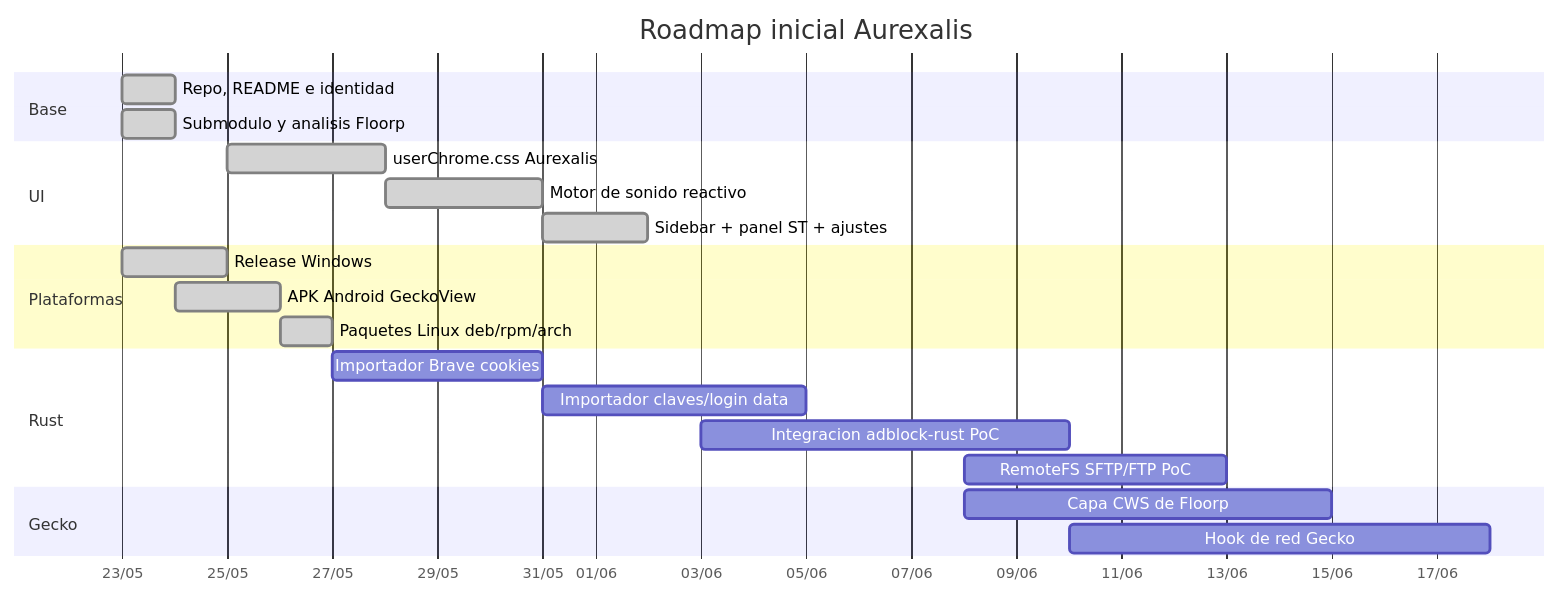
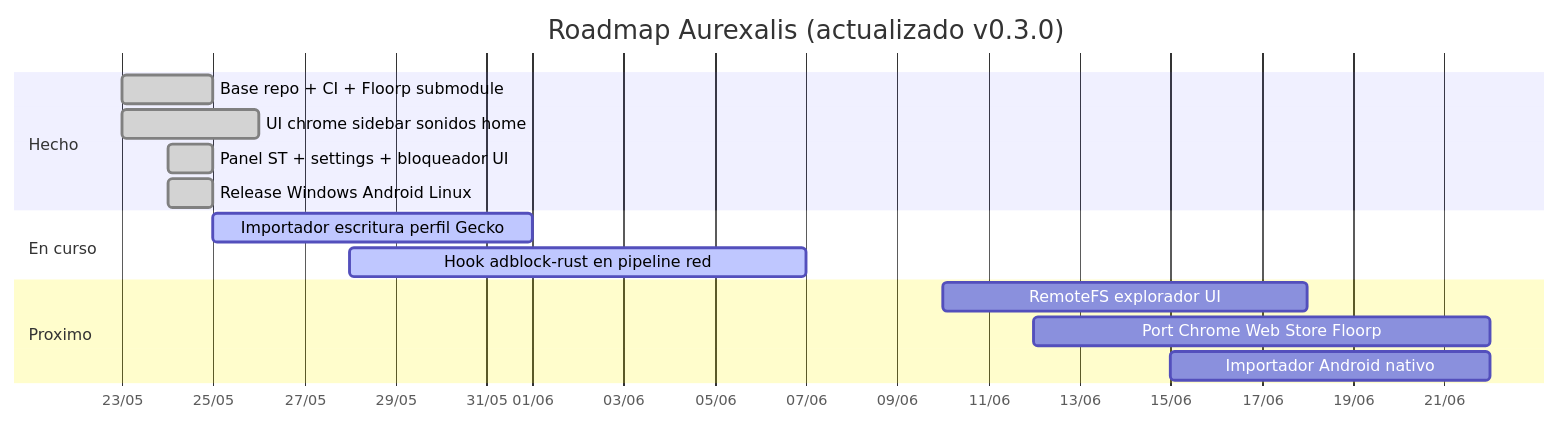
One commit to JackStar6677-1/Aurexalis changed the third of 3 diagrams in README.md. Above: the diagram before and after it, drawn with Mermaid. The commit also changed other lines of this file and 2 other files, not shown here.

Commit message:
docs: actualiza roadmap, arquitectura y entregables v0.3.0 en README

````diff
--- a/README.md
+++ b/README.md
@@ -253,30 +265,21 @@
 ```mermaid
 gantt
-  title Roadmap inicial Aurexalis
+  title Roadmap Aurexalis (actualizado v0.3.0)
   dateFormat  YYYY-MM-DD
   axisFormat  %d/%m
 
-  section Base
-  Repo, README e identidad       :done,    r1, 2026-05-23, 1d
-  Submodulo y analisis Floorp    :done,    r2, 2026-05-23, 1d
+  section Hecho
+  Base repo + CI + Floorp submodule     :done, r1, 2026-05-23, 2d
+  UI chrome sidebar sonidos home          :done, u1, 2026-05-23, 3d
+  Panel ST + settings + bloqueador UI     :done, u2, 2026-05-24, 1d
+  Release Windows Android Linux           :done, p1, 2026-05-24, 1d
 
-  section UI
-  userChrome.css Aurexalis       :done,    u1, 2026-05-25, 3d
-  Motor de sonido reactivo       :done,    u2, after u1, 3d
-  Sidebar + panel ST + ajustes   :done,    u3, after u2, 2d
+  section En curso
+  Importador escritura perfil Gecko       :active, m1, 2026-05-25, 7d
+  Hook adblock-rust en pipeline red       :active, b1, 2026-05-28, 10d
 
-  section Plataformas
-  Release Windows                :done,    p1, 2026-05-23, 2d
-  APK Android GeckoView          :done,    p2, 2026-05-24, 2d
-  Paquetes Linux deb/rpm/arch    :done,    p3, after p2, 1d
-
-  section Rust
-  Importador Brave cookies       :         m1, 2026-05-27, 4d
-  Importador claves/login data   :         m2, after m1, 5d
-  Integracion adblock-rust PoC   :         b1, 2026-06-03, 7d
-  RemoteFS SFTP/FTP PoC          :         f1, 2026-06-08, 5d
-
-  section Gecko
-  Capa CWS de Floorp             :         e1, 2026-06-08, 7d
-  Hook de red Gecko              :         e2, after b1, 8d
+  section Proximo
+  RemoteFS explorador UI                  :         f1, 2026-06-10, 8d
+  Port Chrome Web Store Floorp            :         e1, 2026-06-12, 10d
+  Importador Android nativo               :         m2, 2026-06-15, 7d
 ```
````
